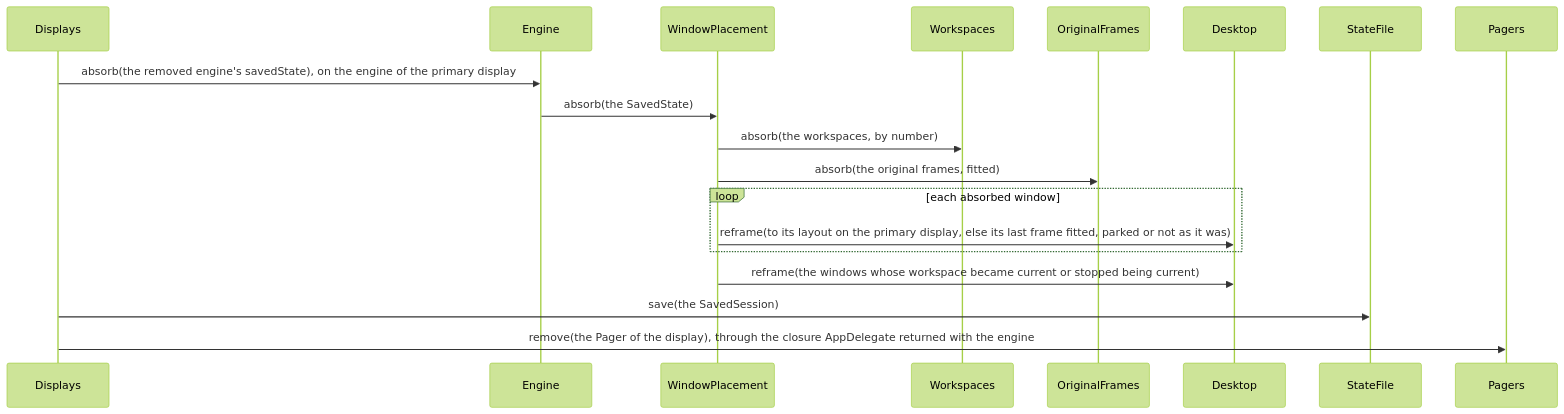
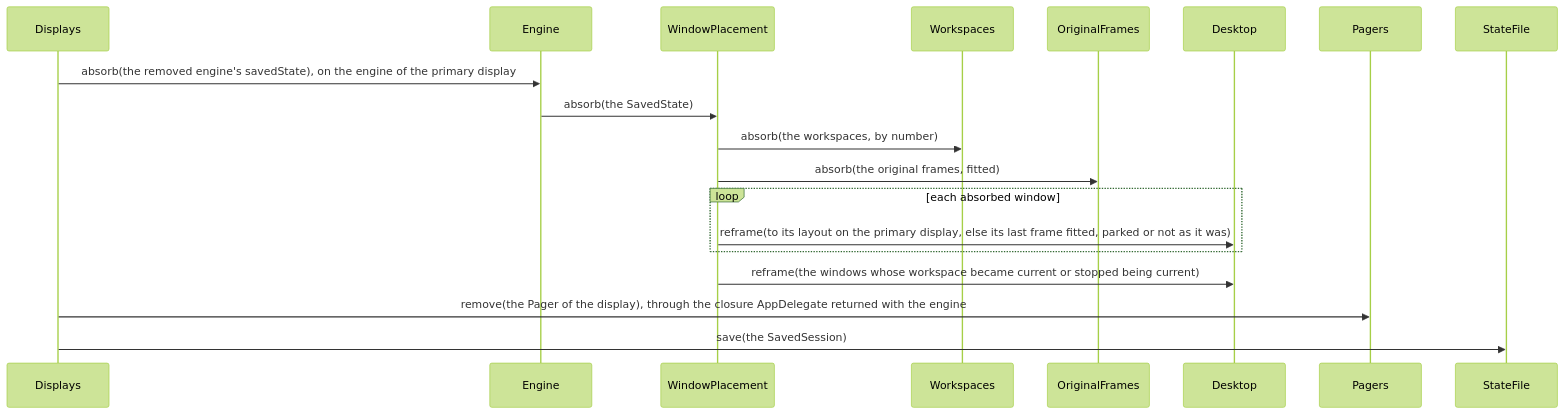
One commit to brennovich/ottowm changed diagram 17 of 25 in ARCHITECTURE.md. Above: the diagram before and after it, drawn with Mermaid (forest theme). The commit also changed other lines of this file, not shown here.

First line of the commit message:
Document the Pager removal closure in ARCHITECTURE

````diff
--- a/ARCHITECTURE.md
+++ b/ARCHITECTURE.md
@@ -418,13 +418,13 @@
 ```mermaid
 sequenceDiagram
     Displays->>Engine: absorb(the removed engine's savedState), on the engine of the primary display
     Engine->>WindowPlacement: absorb(the SavedState)
     WindowPlacement->>Workspaces: absorb(the workspaces, by number)
     WindowPlacement->>OriginalFrames: absorb(the original frames, fitted)
     loop each absorbed window
         WindowPlacement->>Desktop: reframe(to its layout on the primary display, else its last frame fitted, parked or not as it was)
     end
     WindowPlacement->>Desktop: reframe(the windows whose workspace became current or stopped being current)
+    Displays->>Pagers: remove(the Pager of the display), through the closure AppDelegate returned with the engine
     Displays->>StateFile: save(the SavedSession)
-    Displays->>Pagers: remove(the Pager of the display), through the closure AppDelegate returned with the engine
 ```
````
